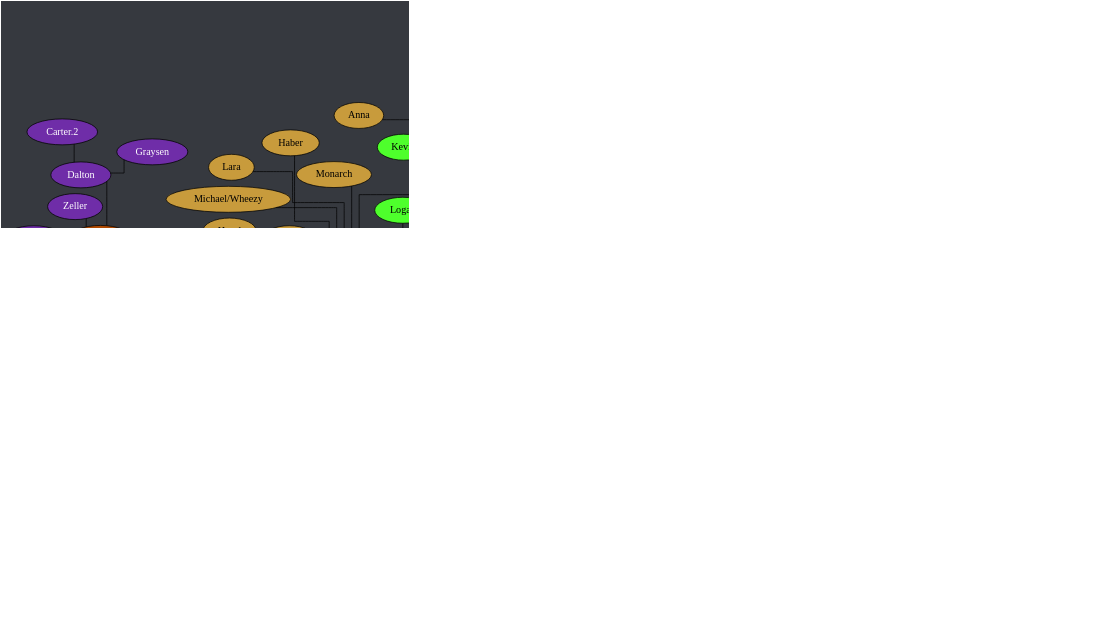
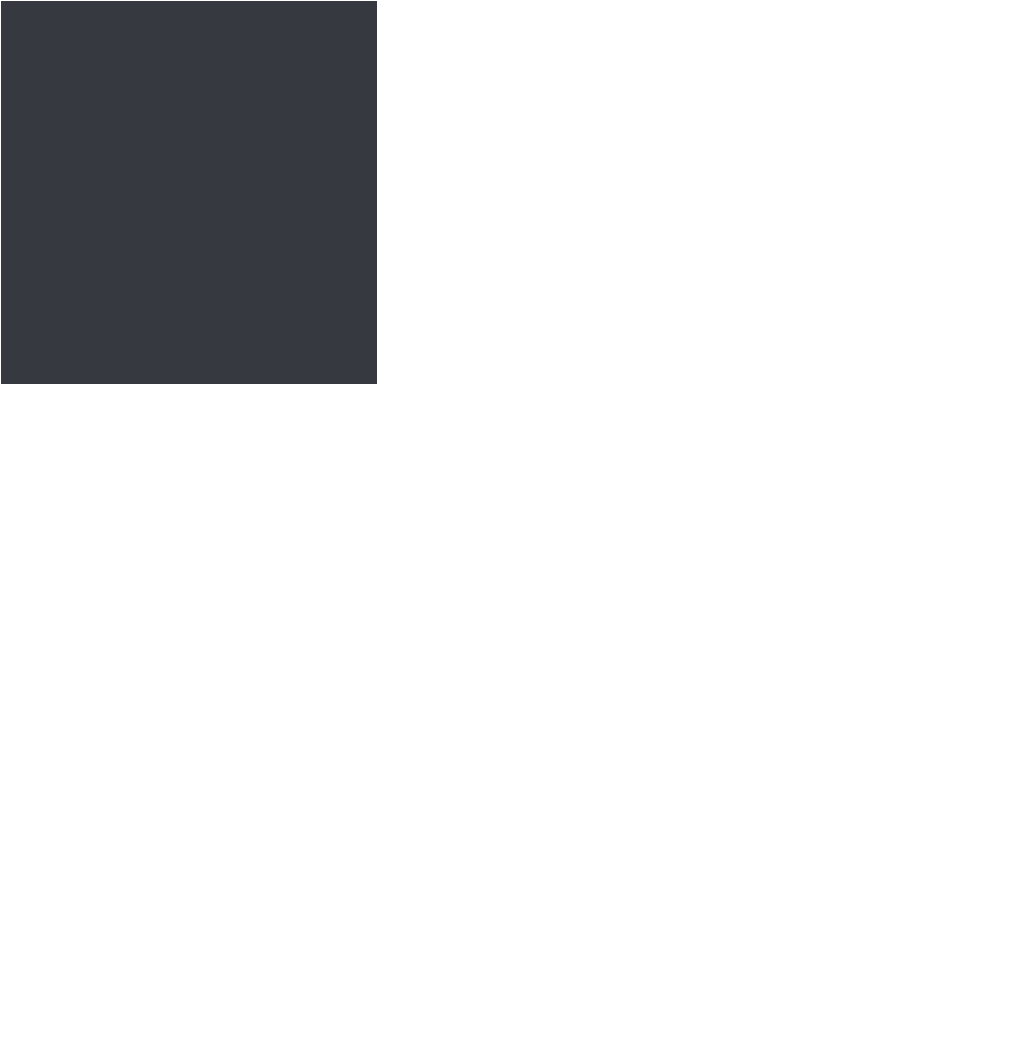
Before and after one commit to Documidas/CoronaCatzFamilyTree: the diagram in tree.dot, drawn with Graphviz. The commit also changed 1 other file, not shown here.

Commit message:
Rename Zach.1 to Zachry

```diff
--- a/tree.dot
+++ b/tree.dot
@@ -30,7 +30,7 @@
 		Joel -- Kat;
 		Joel -- Patrick;
 		Joel -- Steven;
-		Joel -- "Zach.1";
+		Joel -- "Zachry";
 	}
 
 	subgraph "Anders" {
```
